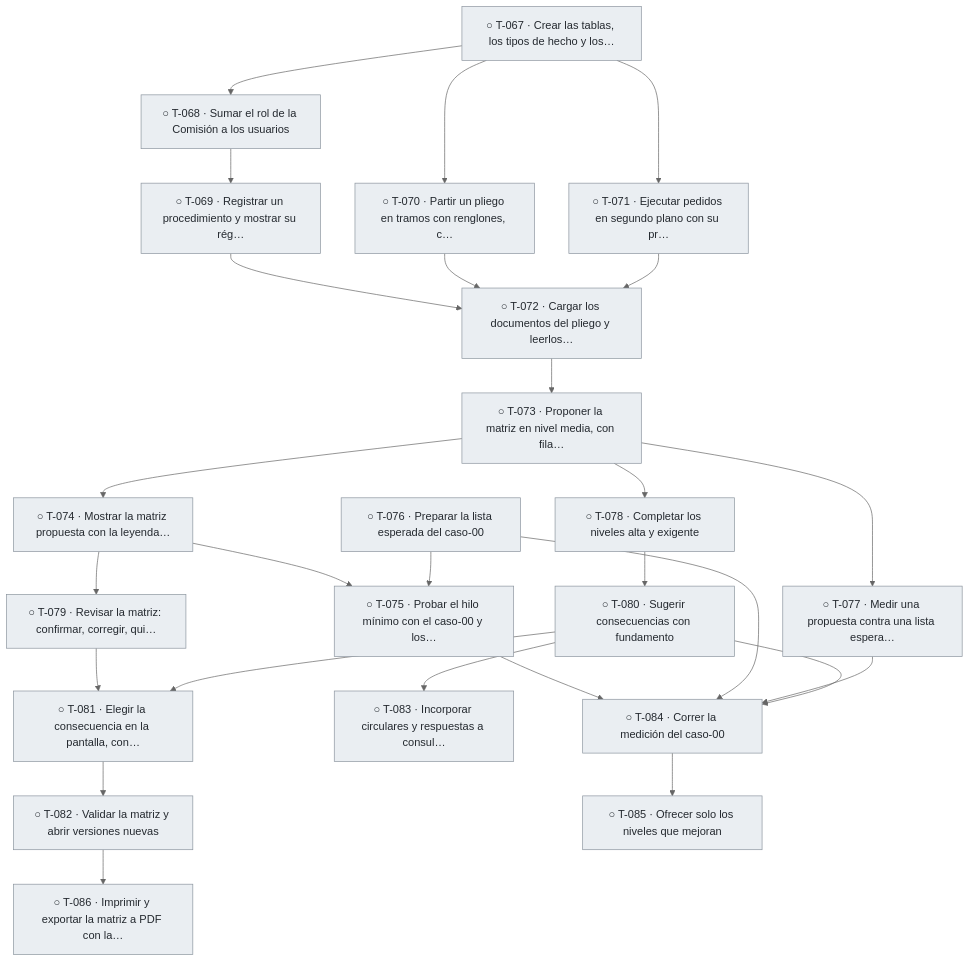
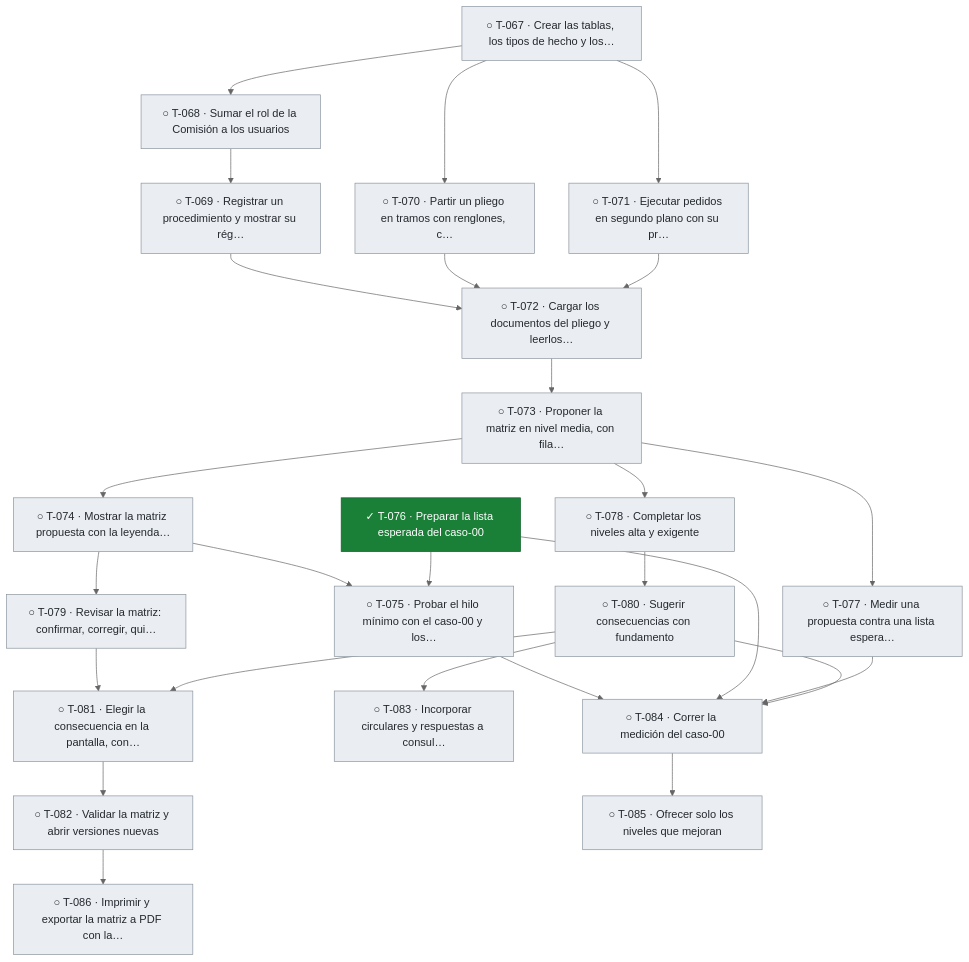
The fifth of 5 diagrams in docs/tablero.md (snavello/EVALUON), drawn with Mermaid (neutral theme) before and after one commit. The commit also changed other lines of this file and 1 other file, not shown here.

````diff
--- a/docs/tablero.md
+++ b/docs/tablero.md
@@ -399,53 +399,53 @@
 ```mermaid
 flowchart TD
   T067["○ T-067 · Crear las tablas, los tipos de hecho y los…"]:::todo
   T068["○ T-068 · Sumar el rol de la Comisión a los usuarios"]:::todo
   T069["○ T-069 · Registrar un procedimiento y mostrar su rég…"]:::todo
   T070["○ T-070 · Partir un pliego en tramos con renglones, c…"]:::todo
   T071["○ T-071 · Ejecutar pedidos en segundo plano con su pr…"]:::todo
   T072["○ T-072 · Cargar los documentos del pliego y leerlos…"]:::todo
   T073["○ T-073 · Proponer la matriz en nivel media, con fila…"]:::todo
   T074["○ T-074 · Mostrar la matriz propuesta con la leyenda…"]:::todo
   T075["○ T-075 · Probar el hilo mínimo con el caso-00 y los…"]:::todo
-  T076["○ T-076 · Preparar la lista esperada del caso-00"]:::todo
+  T076["✓ T-076 · Preparar la lista esperada del caso-00"]:::done
   T077["○ T-077 · Medir una propuesta contra una lista espera…"]:::todo
   T078["○ T-078 · Completar los niveles alta y exigente"]:::todo
   T079["○ T-079 · Revisar la matriz: confirmar, corregir, qui…"]:::todo
   T080["○ T-080 · Sugerir consecuencias con fundamento"]:::todo
   T081["○ T-081 · Elegir la consecuencia en la pantalla, con…"]:::todo
   T082["○ T-082 · Validar la matriz y abrir versiones nuevas"]:::todo
   T083["○ T-083 · Incorporar circulares y respuestas a consul…"]:::todo
   T084["○ T-084 · Correr la medición del caso-00"]:::todo
   T085["○ T-085 · Ofrecer solo los niveles que mejoran"]:::todo
   T086["○ T-086 · Imprimir y exportar la matriz a PDF con la…"]:::todo
   T067 --> T068
   T068 --> T069
   T067 --> T070
   T067 --> T071
   T069 --> T072
   T070 --> T072
   T071 --> T072
   T072 --> T073
   T073 --> T074
   T074 --> T075
   T076 --> T075
   T073 --> T077
   T073 --> T078
   T074 --> T079
   T078 --> T080
   T079 --> T081
   T080 --> T081
   T081 --> T082
   T080 --> T083
   T075 --> T084
   T076 --> T084
   T077 --> T084
   T080 --> T084
   T084 --> T085
   T082 --> T086
   classDef done fill:#1a7f37,stroke:#116329,color:#ffffff
   classDef review fill:#0969da,stroke:#0550ae,color:#ffffff
   classDef active fill:#bf8700,stroke:#7d4e00,color:#ffffff
   classDef blocked fill:#cf222e,stroke:#a40e26,color:#ffffff
   classDef todo fill:#eaeef2,stroke:#8c959f,color:#24292f
 ```
````
